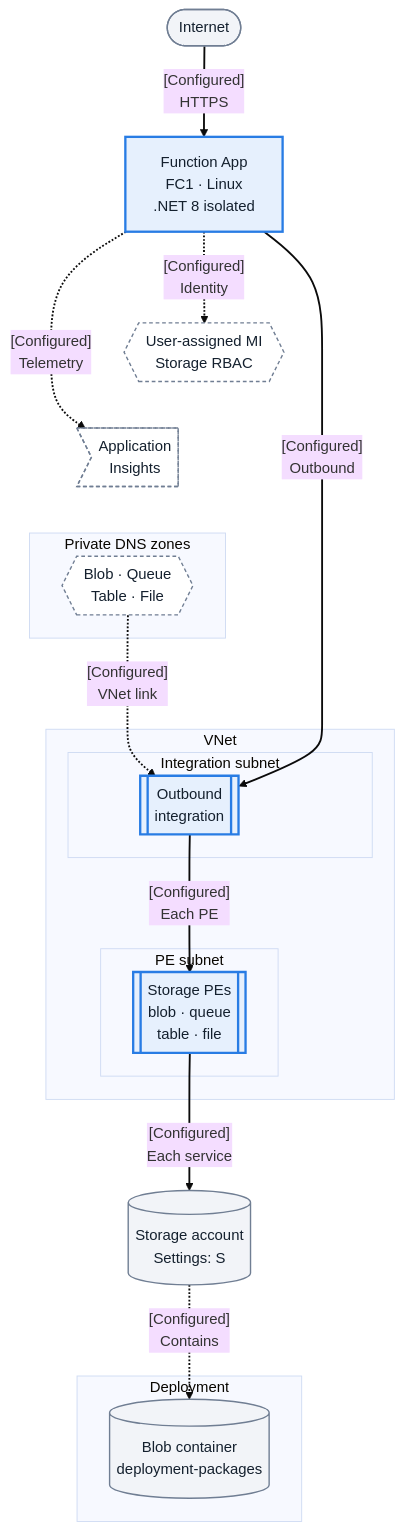
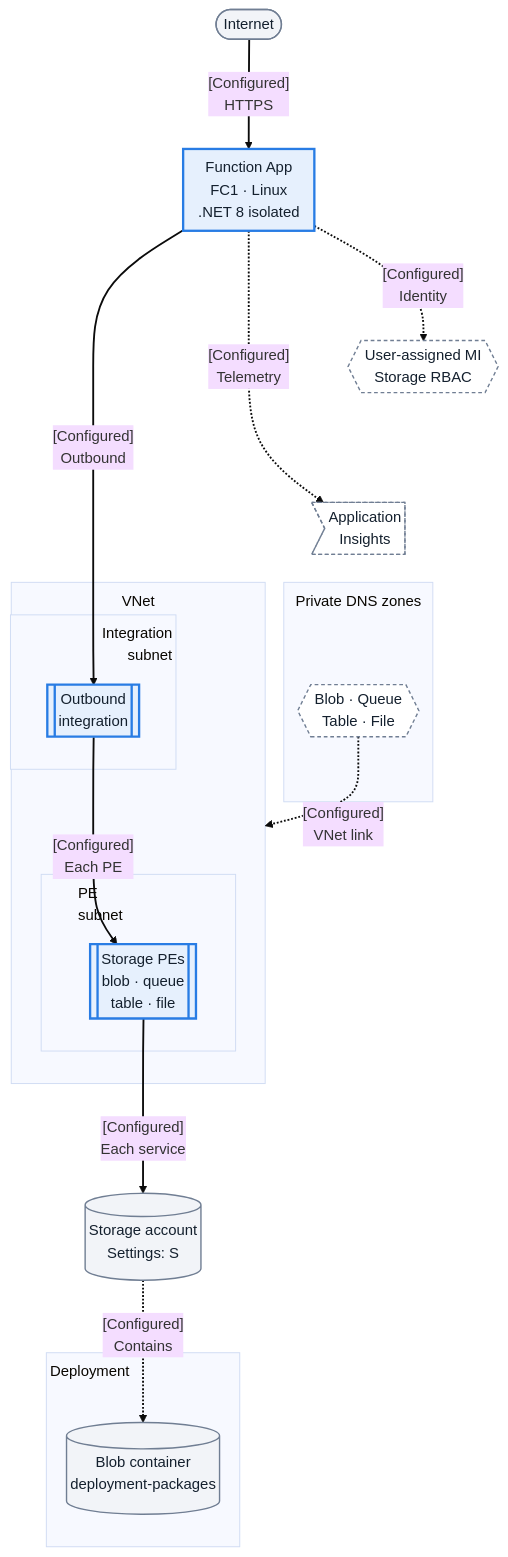
The first of 2 diagrams in docs/language-guides/dotnet/tutorial/flex-consumption/02a-first-deploy-private-egress.md (yeongseon/azure-functions-practical-guide), drawn with Mermaid (base theme) before and after one commit. The commit also changed other lines of this file, not shown here.

Commit message:
docs(diagrams): correct the Flex DNS link and heading clearance
Target the VNet boundary and separate titles from incoming paths without
reducing measured text size. Qualify private DNS resolution context.

Refs #302

````diff
--- a/docs/language-guides/dotnet/tutorial/flex-consumption/02a-first-deploy-private-egress.md
+++ b/docs/language-guides/dotnet/tutorial/flex-consumption/02a-first-deploy-private-egress.md
@@ -79,42 +79,43 @@
 ```mermaid
+%%{init: {'flowchart': {'nodeSpacing': 10, 'rankSpacing': 70, 'padding': 8, 'subGraphTitleMargin': {'top': 8, 'bottom': 32}}}}%%
 flowchart TD
     accTitle: Linux FC1 .NET 8 private Storage topology
     accDescr: Intended public HTTPS ingress and private Storage access for this Flex tutorial. Outbound integration does not deploy app compute into the integration subnet. Four separate Storage endpoints and DNS zones are grouped by service in the adjacent key; identity and telemetry are not transit hops.
     client(["Internet"])
     app_runtime["Function App<br/>FC1 · Linux<br/>.NET 8 isolated"]
     identity{{"User-assigned MI<br/>Storage RBAC"}}
     telemetry>"Application<br/>Insights"]
     subgraph DNS["Private DNS zones"]
         dns_fn{{"Blob · Queue<br/>Table · File"}}
     end
     subgraph vnet_fn["VNet"]
-        subgraph subnet_int_fn["Integration subnet"]
+        subgraph subnet_int_fn["<div style='width:170px;text-align:right'>Integration<br/>subnet</div>"]
             vnet_integration[["Outbound<br/>integration"]]
         end
-        subgraph subnet_pe_fn["PE subnet"]
+        subgraph subnet_pe_fn["<div style='width:130px;text-align:left'>PE<br/>subnet</div>"]
             pe_storage[["Storage PEs<br/>blob · queue<br/>table · file"]]
         end
     end
     storage_db[("Storage account<br/>Settings: S")]
-    subgraph DEPLOY["Deployment"]
+    subgraph DEPLOY["<div style='width:200px;text-align:left'>Deployment</div>"]
         BLOB_CTR[("Blob container<br/>deployment-packages")]
     end
     client -->|"[Configured]<br/>HTTPS"| app_runtime
     app_runtime -.->|"[Configured]<br/>Identity"| identity
     app_runtime -.->|"[Configured]<br/>Telemetry"| telemetry
-    dns_fn -.->|"[Configured]<br/>VNet link"| vnet_integration
+    dns_fn -.->|"[Configured]<br/>VNet link"| vnet_fn
     app_runtime -->|"[Configured]<br/>Outbound"| vnet_integration
     vnet_integration -->|"[Configured]<br/>Each PE"| pe_storage
     pe_storage -->|"[Configured]<br/>Each service"| storage_db
     storage_db -.->|"[Configured]<br/>Contains"| BLOB_CTR
     %% Layout-only tiers; no additional requests or diagnostic steps.
     identity ~~~ telemetry
     telemetry ~~~ dns_fn
     classDef baseNeutral fill:#f2f4f8,stroke:#707e93,stroke-width:1.5px,color:#14202e;
     classDef focusActive fill:#e6f0fd,stroke:#287ce4,stroke-width:2.5px,color:#14202e;
     classDef bandMuted fill:#ffffff,stroke:#707e93,stroke-width:1.5px,stroke-dasharray:4 3,color:#14202e;
     class client,storage_db,BLOB_CTR baseNeutral;
     class app_runtime,vnet_integration,pe_storage focusActive;
     class identity,telemetry,dns_fn bandMuted;
     linkStyle default stroke-width:2px;
 ```
````
